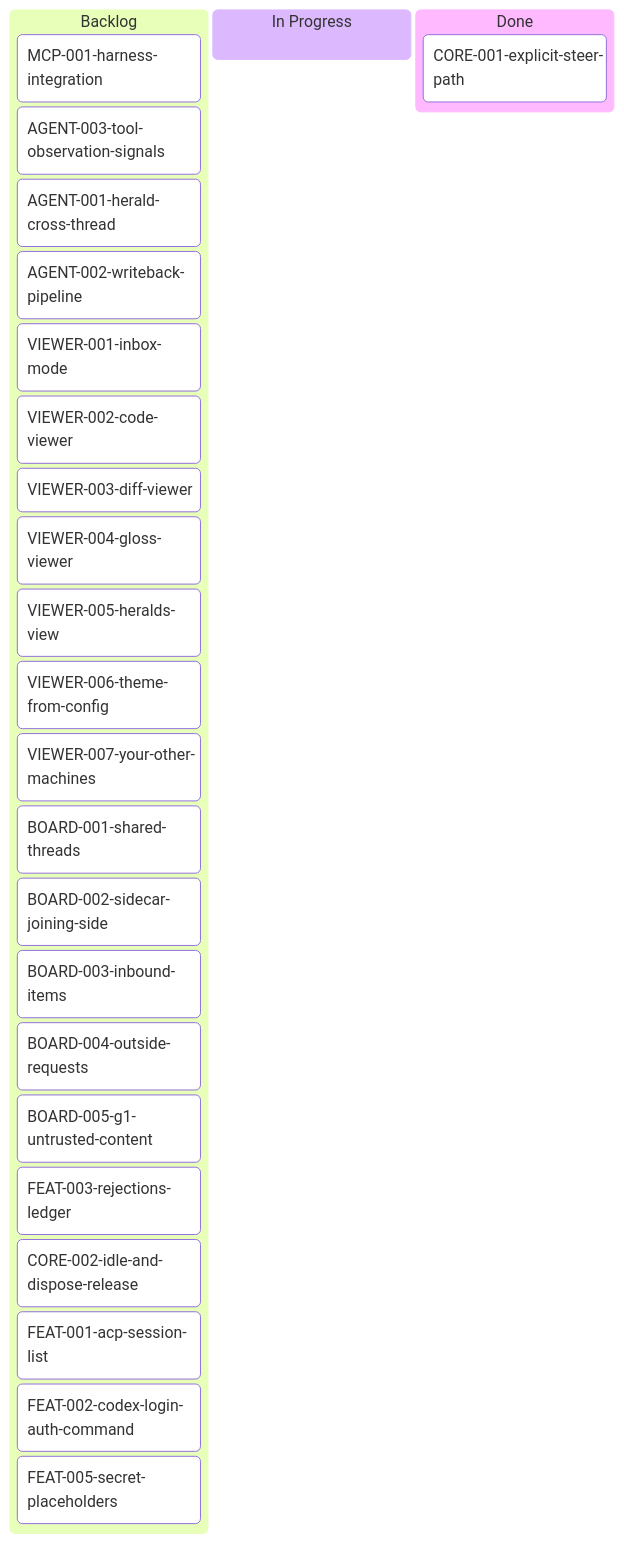
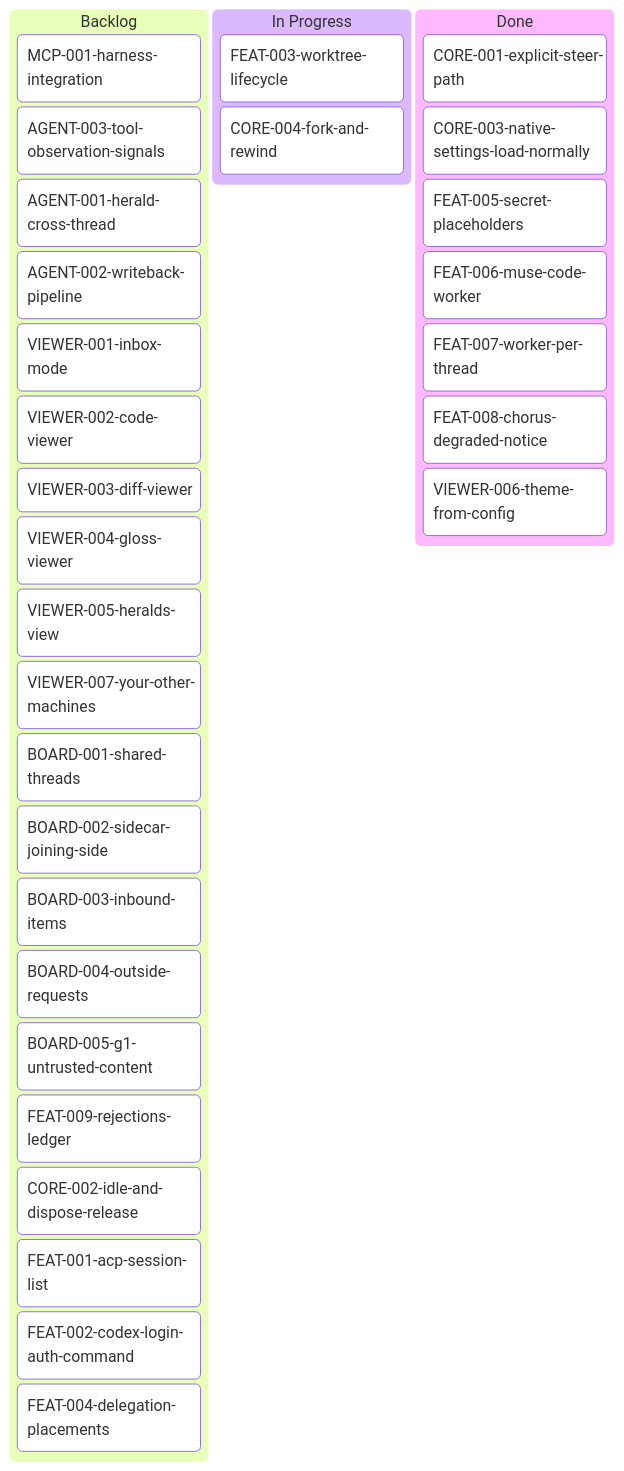
Before and after one commit to inixiative/foundry: the diagram in tickets/kanban-backlog.md, drawn with Mermaid. The commit also changed other lines of this file and 5 other files, not shown here.

First line of the commit message:
docs: correct drift in CLAUDE.md, FLOW.md and the ticket board

````diff
--- a/tickets/kanban-backlog.md
+++ b/tickets/kanban-backlog.md
@@ -3,33 +3,40 @@
 ```mermaid
 ---
 config:
   kanban:
     ticketBaseUrl: 'https://github.com/inixiative/foundry/blob/main/tickets/#TICKET#.md'
 ---
 kanban
   Backlog
     MCP-001-harness-integration
     AGENT-003-tool-observation-signals
     AGENT-001-herald-cross-thread
     AGENT-002-writeback-pipeline
     VIEWER-001-inbox-mode
     VIEWER-002-code-viewer
     VIEWER-003-diff-viewer
     VIEWER-004-gloss-viewer
     VIEWER-005-heralds-view
-    VIEWER-006-theme-from-config
     VIEWER-007-your-other-machines
     BOARD-001-shared-threads
     BOARD-002-sidecar-joining-side
     BOARD-003-inbound-items
     BOARD-004-outside-requests
     BOARD-005-g1-untrusted-content
-    FEAT-003-rejections-ledger
+    FEAT-009-rejections-ledger
     CORE-002-idle-and-dispose-release
     FEAT-001-acp-session-list
     FEAT-002-codex-login-auth-command
-    FEAT-005-secret-placeholders
+    FEAT-004-delegation-placements
   In Progress
+    FEAT-003-worktree-lifecycle
+    CORE-004-fork-and-rewind
   Done
     CORE-001-explicit-steer-path
+    CORE-003-native-settings-load-normally
+    FEAT-005-secret-placeholders
+    FEAT-006-muse-code-worker
+    FEAT-007-worker-per-thread
+    FEAT-008-chorus-degraded-notice
+    VIEWER-006-theme-from-config
 ```
````
